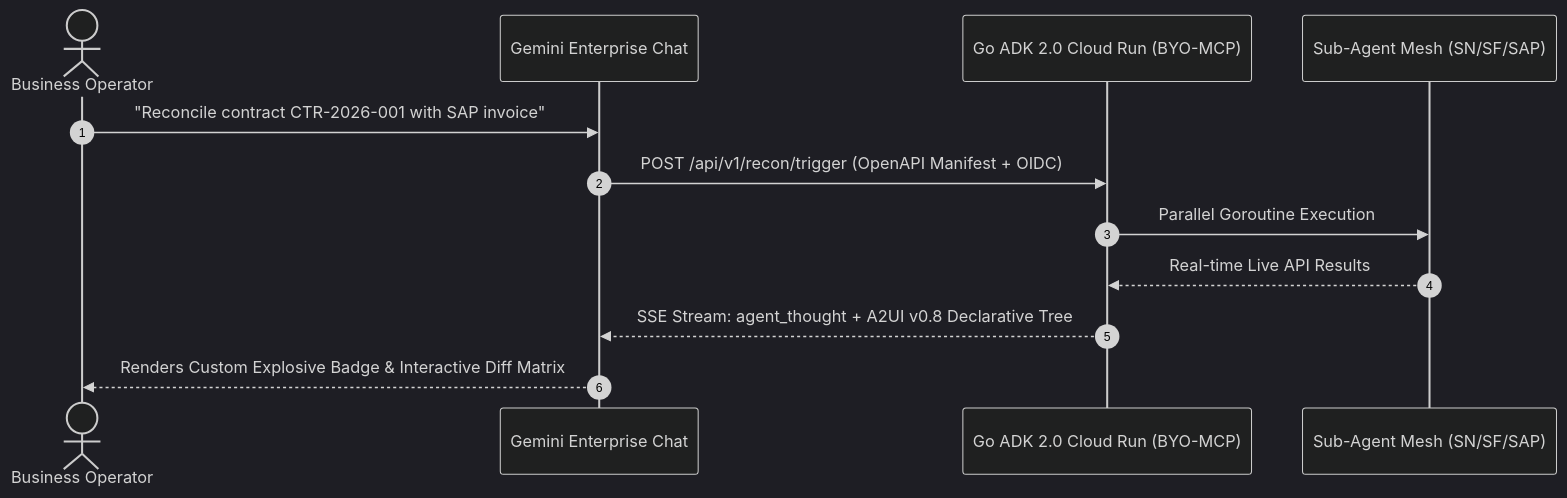
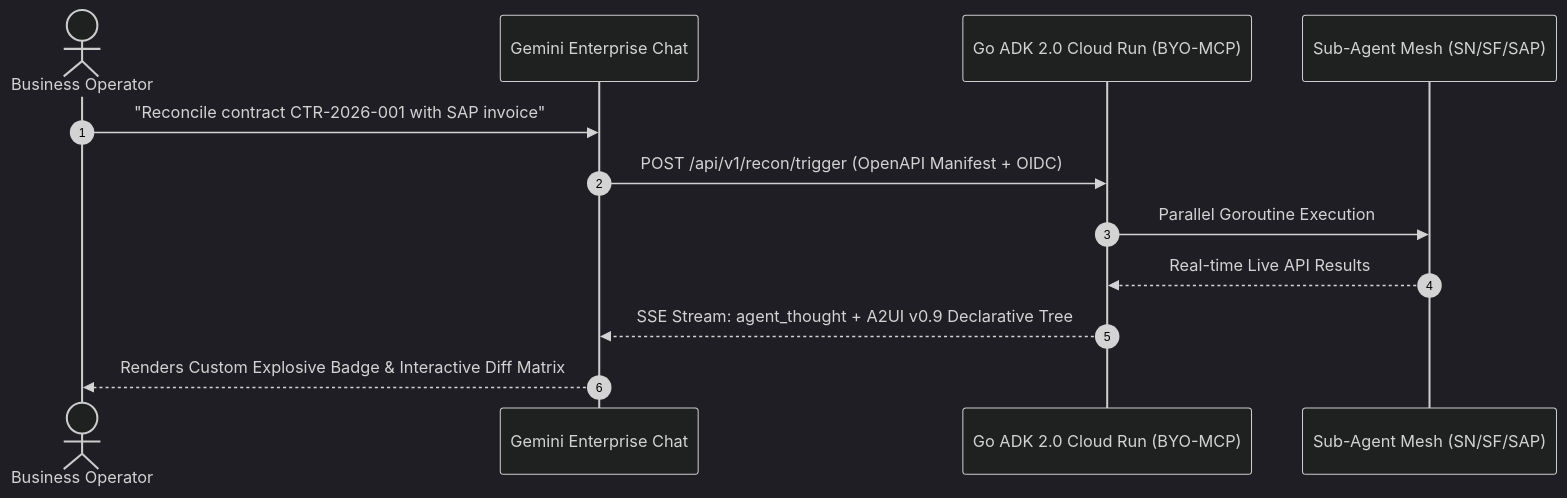
The third of 4 diagrams in docs/architecture.md (tiaaburton/Data-Recon-Agent), drawn with Mermaid (dark theme) before and after one commit. The commit also changed other lines of this file and 12 other files, not shown here.

````diff
--- a/docs/architecture.md
+++ b/docs/architecture.md
@@ -253,15 +253,15 @@
 ```mermaid
 sequenceDiagram
     autonumber
     actor User as Business Operator
     participant Gemini as Gemini Enterprise Chat
     participant CloudRun as Go ADK 2.0 Cloud Run (BYO-MCP)
     participant Mesh as Sub-Agent Mesh (SN/SF/SAP)
 
     User->>Gemini: "Reconcile contract CTR-2026-001 with SAP invoice"
     Gemini->>CloudRun: POST /api/v1/recon/trigger (OpenAPI Manifest + OIDC)
     CloudRun->>Mesh: Parallel Goroutine Execution
     Mesh-->>CloudRun: Real-time Live API Results
-    CloudRun-->>Gemini: SSE Stream: agent_thought + A2UI v0.8 Declarative Tree
+    CloudRun-->>Gemini: SSE Stream: agent_thought + A2UI v0.9 Declarative Tree
     Gemini-->>User: Renders Custom Explosive Badge & Interactive Diff Matrix
 ```
````
